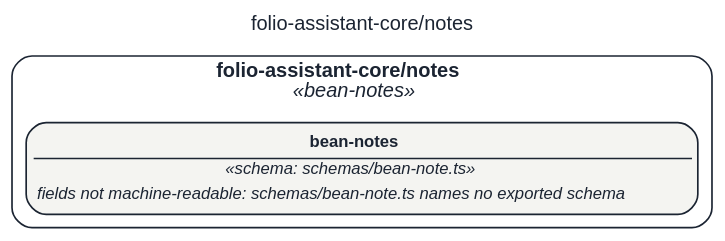
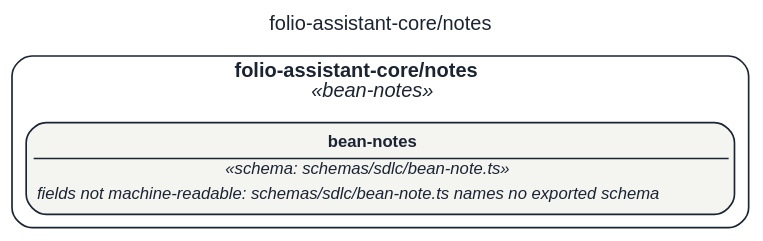
Before and after one commit to litlfred/folio-assistant: the diagram in assets/img/uml/overview/folio-assistant-core/notes.dot, drawn with Graphviz. The commit also changed 9297 other files, not shown here.

```diff
--- a/assets/img/uml/overview/folio-assistant-core/notes.dot
+++ b/assets/img/uml/overview/folio-assistant-core/notes.dot
@@ -1,11 +1,11 @@
 // GENERATED by cat-harness-tools/scripts/gen-uml-overview.ts — do not edit.
 // Rendered page (interactive view, same model): https://litlfred.github.io/folio-assistant/uml/overview/folio-assistant-core/notes.html
 digraph "folio_assistant_core_notes" {
   graph [label="folio-assistant-core/notes", labelloc=t, fontname="Helvetica", fontsize=12, fontcolor="#1b2432", newrank=true, ratio=auto, nodesep=0.3, ranksep=0.5, bgcolor="transparent"];
   node [shape=box, style="rounded,filled", margin=0.05, fontname="Helvetica", fontsize=10, color="#1b2432", fontcolor="#1b2432"];
   edge [color="#1b2432", fontcolor="#1b2432", fontname="Helvetica", fontsize=9];
   subgraph "cluster_pkg_folio_assistant_core_notes" {
     label=<<b>folio-assistant-core/notes</b><br/><i>«bean-notes»</i>>; style="rounded"; color="#1b2432"; class="fa_uml_subgraph";
-    "folio_assistant_core_notes_bean_notes_shape" [fillcolor="#f4f4f1", class="fa_uml_kind_bean_notes", label=<<table border="0" cellborder="0" cellspacing="0" cellpadding="2"><tr><td border="1" sides="b"><b>bean-notes</b></td></tr><tr><td><i>«schema: schemas/bean-note.ts»</i></td></tr><tr><td align="left"><i>fields not machine-readable: schemas/bean-note.ts names no exported schema</i></td></tr></table>>];
+    "folio_assistant_core_notes_bean_notes_shape" [fillcolor="#f4f4f1", class="fa_uml_kind_bean_notes", label=<<table border="0" cellborder="0" cellspacing="0" cellpadding="2"><tr><td border="1" sides="b"><b>bean-notes</b></td></tr><tr><td><i>«schema: schemas/sdlc/bean-note.ts»</i></td></tr><tr><td align="left"><i>fields not machine-readable: schemas/sdlc/bean-note.ts names no exported schema</i></td></tr></table>>];
   }
 }
```
